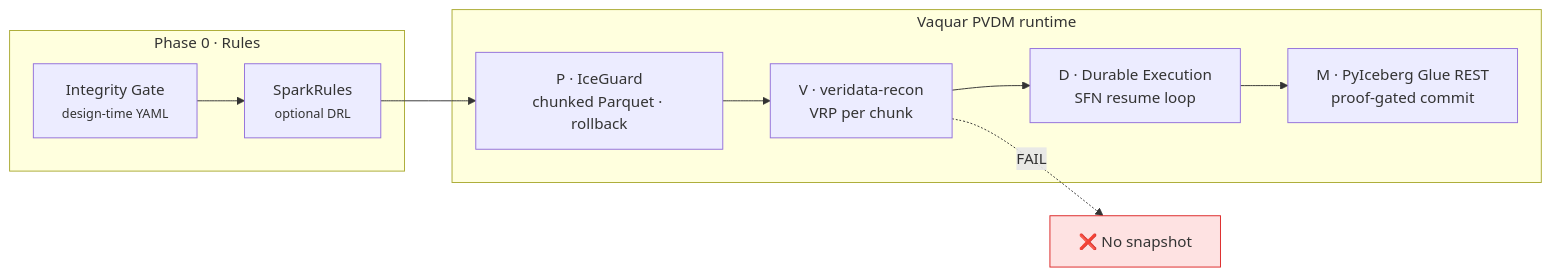
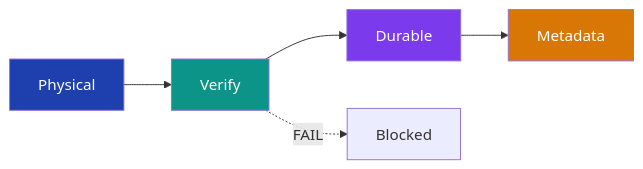
One commit to vaquarkhan/CogniMesh changed the fifth of 7 diagrams in README.md. Above: the diagram before and after it, drawn with Mermaid. The commit also changed other lines of this file and 40 other files, not shown here.

````diff
--- a/README.md
+++ b/README.md
@@ -226,20 +205,9 @@
 ```mermaid
 flowchart LR
-    subgraph Phase0["Phase 0 · Rules"]
-        SR["SparkRules<br/><small>optional DRL</small>"]
-        IG0["Integrity Gate<br/><small>design-time YAML</small>"]
-    end
-
-    subgraph PVDM["Vaquar PVDM runtime"]
-        P["P · IceGuard<br/>chunked Parquet · rollback"]
-        V["V · veridata-recon<br/>VRP per chunk"]
-        D["D · Durable Execution<br/>SFN resume loop"]
-        M["M · PyIceberg Glue REST<br/>proof-gated commit"]
-    end
-
-    IG0 --> SR
-    SR --> P --> V --> D --> M
-    V -.->|FAIL| X["❌ No snapshot"]
-
-    style X fill:#fee2e2,stroke:#dc2626
+    P["Physical"] --> V["Verify"] --> D["Durable"] --> M["Metadata"]
+    V -.->|FAIL| X["Blocked"]
+    style P fill:#1e40af,color:#fff
+    style V fill:#0d9488,color:#fff
+    style D fill:#7c3aed,color:#fff
+    style M fill:#d97706,color:#fff
 ```
````
